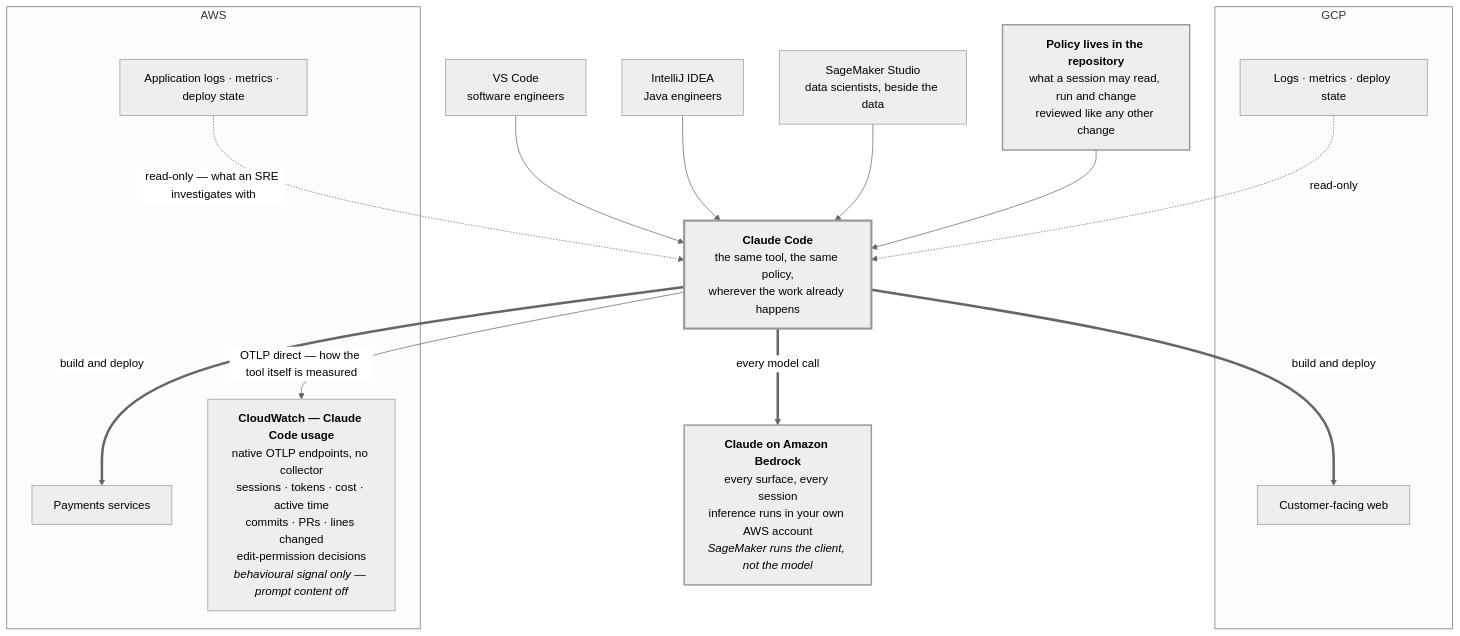
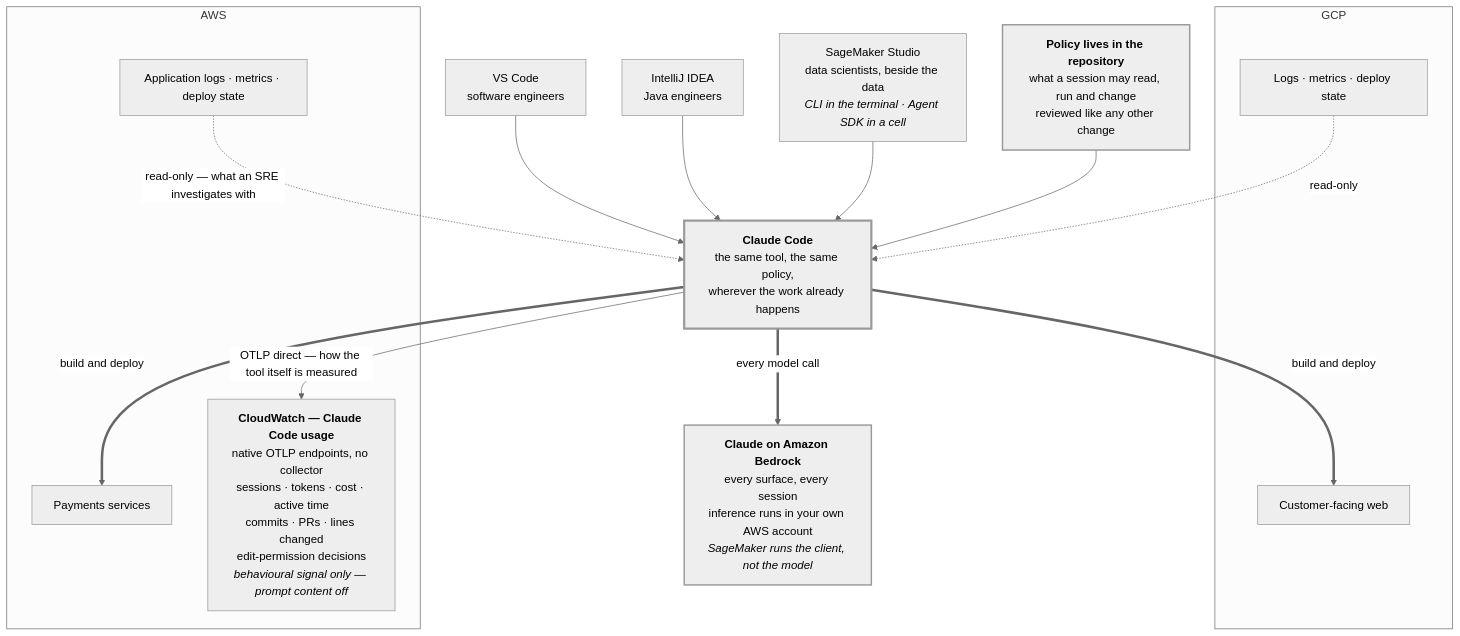
The diagram in src/overview-redacted.mmd (congmingwudi/ft-architecture), drawn with Mermaid (neutral theme) before and after one commit. The commit also changed 5 other files, not shown here.

Commit message:
Rebuild architecture page — 2026-08-20

```diff
--- a/src/overview-redacted.mmd
+++ b/src/overview-redacted.mmd
@@ -1,35 +1,35 @@
 flowchart TB
   VSC["VS Code<br/>software engineers"]
   IJ["IntelliJ IDEA<br/>Java engineers"]
-  SM["SageMaker Studio<br/>data scientists, beside the data"]
+  SM["SageMaker Studio<br/>data scientists, beside the data<br/><i>CLI in the terminal · Agent SDK in a cell</i>"]
 
   CC["<b>Claude Code</b><br/>the same tool, the same policy,<br/>wherever the work already happens"]
 
   BR["<b>Claude on Amazon Bedrock</b><br/>every surface, every session<br/>inference runs in your own AWS account<br/><i>SageMaker runs the client, not the model</i>"]
   POL["<b>Policy lives in the repository</b><br/>what a session may read, run and change<br/>reviewed like any other change"]
 
   subgraph GCP["GCP"]
     GCPAPP["Customer-facing web"]
     GCPOBS["Logs · metrics · deploy state"]
   end
   subgraph AWS["AWS"]
     AWSAPP["Payments services"]
     AWSOBS["Application logs · metrics · deploy state"]
     CWCC["<b>CloudWatch — Claude Code usage</b><br/>native OTLP endpoints, no collector<br/>sessions · tokens · cost · active time<br/>commits · PRs · lines changed<br/>edit-permission decisions<br/><i>behavioural signal only — prompt content off</i>"]
   end
 
   VSC --> CC
   IJ --> CC
   SM --> CC
   POL --> CC
   CC ==>|"every model call"| BR
   CC ==>|"build and deploy"| AWSAPP
   CC ==>|"build and deploy"| GCPAPP
   CC -->|"OTLP direct — how the tool itself is measured"| CWCC
   AWSOBS -.->|"read-only — what an SRE investigates with"| CC
   GCPOBS -.->|"read-only"| CC
 
   classDef hub stroke-width:3px;
   classDef plane stroke-width:2px;
   class CC hub;
   class BR,POL plane;
```
